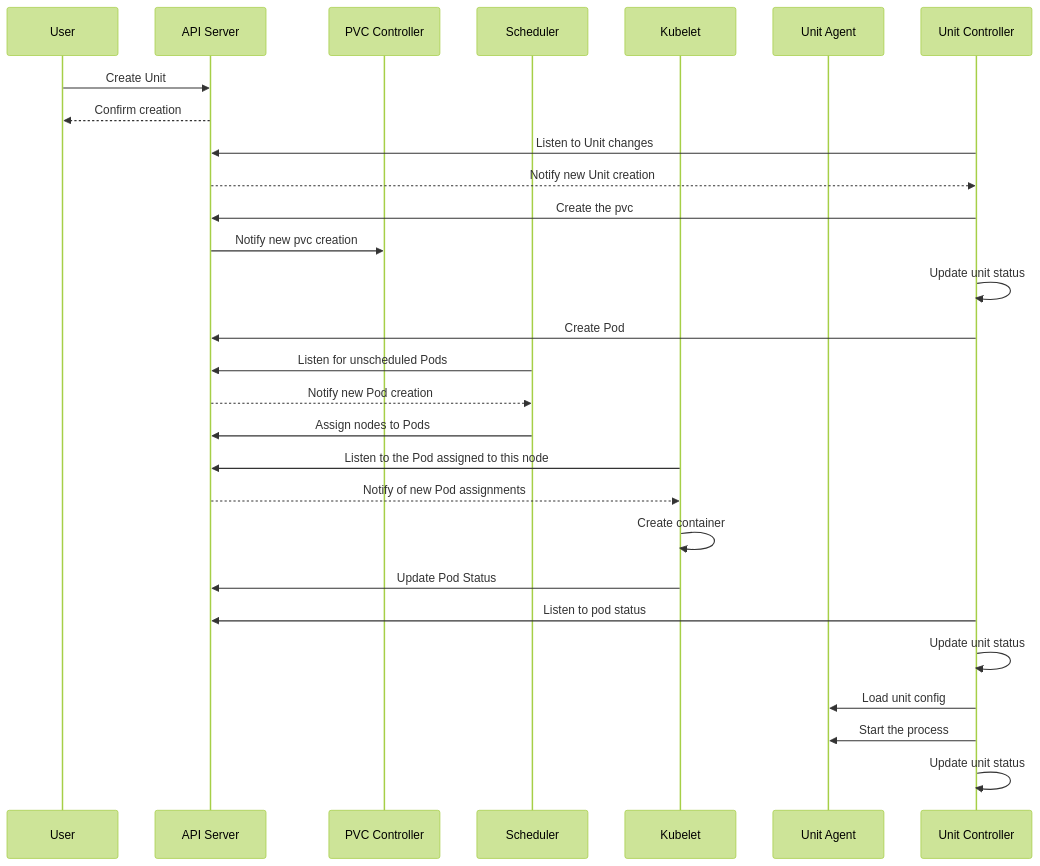
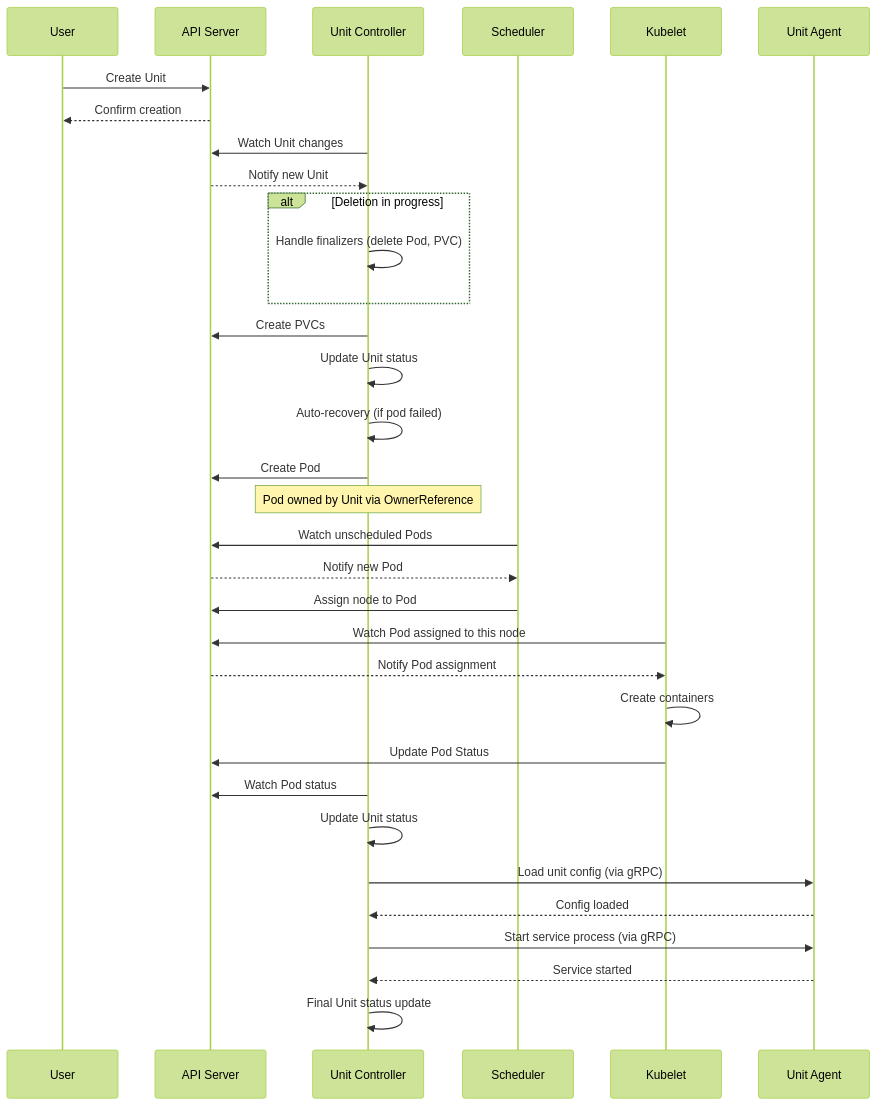
Before and after one commit to upmio/unit-operator: the diagram in doc/unit.mermaid, drawn with Mermaid (forest theme). The commit also changed 14 other files, not shown here.

```diff
--- a/doc/unit.mermaid
+++ b/doc/unit.mermaid
@@ -1,43 +1,48 @@
 sequenceDiagram
     participant User
     participant API Server
-    participant PVC Controller
+    participant Unit Controller
     participant Scheduler
     participant Kubelet
     participant Unit Agent
-    participant Unit Controller
-    
 
     User->>API Server: Create Unit
     API Server-->>User: Confirm creation
 
-    Unit Controller->>API Server: Listen to Unit changes
-    API Server-->>Unit Controller: Notify new Unit creation
+    Unit Controller->>API Server: Watch Unit changes
+    API Server-->>Unit Controller: Notify new Unit
 
-    Unit Controller->>API Server: Create the pvc
-    API Server->>PVC Controller: Notify new pvc creation
+    alt Deletion in progress
+        Unit Controller->>Unit Controller: Handle finalizers (delete Pod, PVC)
+    end
 
-    Unit Controller->>Unit Controller: Update unit status
-    
+    Unit Controller->>API Server: Create PVCs
+
+    Unit Controller->>Unit Controller: Update Unit status
+
+    Unit Controller->>Unit Controller: Auto-recovery (if pod failed)
+
     Unit Controller->>API Server: Create Pod
+    Note over Unit Controller: Pod owned by Unit via OwnerReference
 
-    Scheduler->>API Server: Listen for unscheduled Pods
-    API Server-->>Scheduler: Notify new Pod creation
+    Scheduler->>API Server: Watch unscheduled Pods
+    API Server-->>Scheduler: Notify new Pod
+    Scheduler->>API Server: Assign node to Pod
 
-    Scheduler->>API Server: Assign nodes to Pods
+    Kubelet->>API Server: Watch Pod assigned to this node
+    API Server-->>Kubelet: Notify Pod assignment
 
-    Kubelet->>API Server: Listen to the Pod assigned to this node
-    API Server-->>Kubelet: Notify of new Pod assignments
+    Kubelet->>Kubelet: Create containers
 
-    Kubelet->>Kubelet: Create container
     Kubelet->>API Server: Update Pod Status
 
-    Unit Controller->>API Server: Listen to pod status
-    
-    Unit Controller->>Unit Controller: Update unit status
-    
-    Unit Controller->>Unit Agent: Load unit config
+    Unit Controller->>API Server: Watch Pod status
+    Unit Controller->>Unit Controller: Update Unit status
 
-    Unit Controller->>Unit Agent: Start the process
+    Unit Controller->>Unit Agent: Load unit config (via gRPC)
+    Unit Agent-->>Unit Controller: Config loaded
 
-    Unit Controller->>Unit Controller: Update unit status
+    Unit Controller->>Unit Agent: Start service process (via gRPC)
+    Unit Agent-->>Unit Controller: Service started
+
+    Unit Controller->>Unit Controller: Final Unit status update
```
